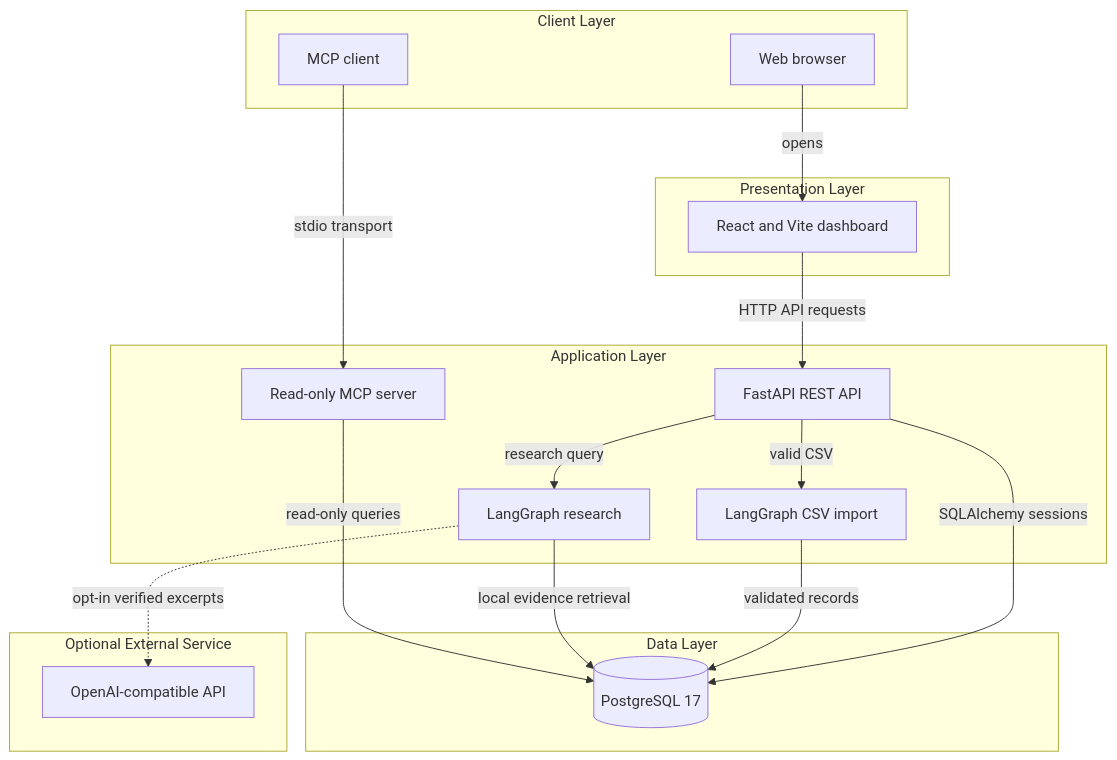
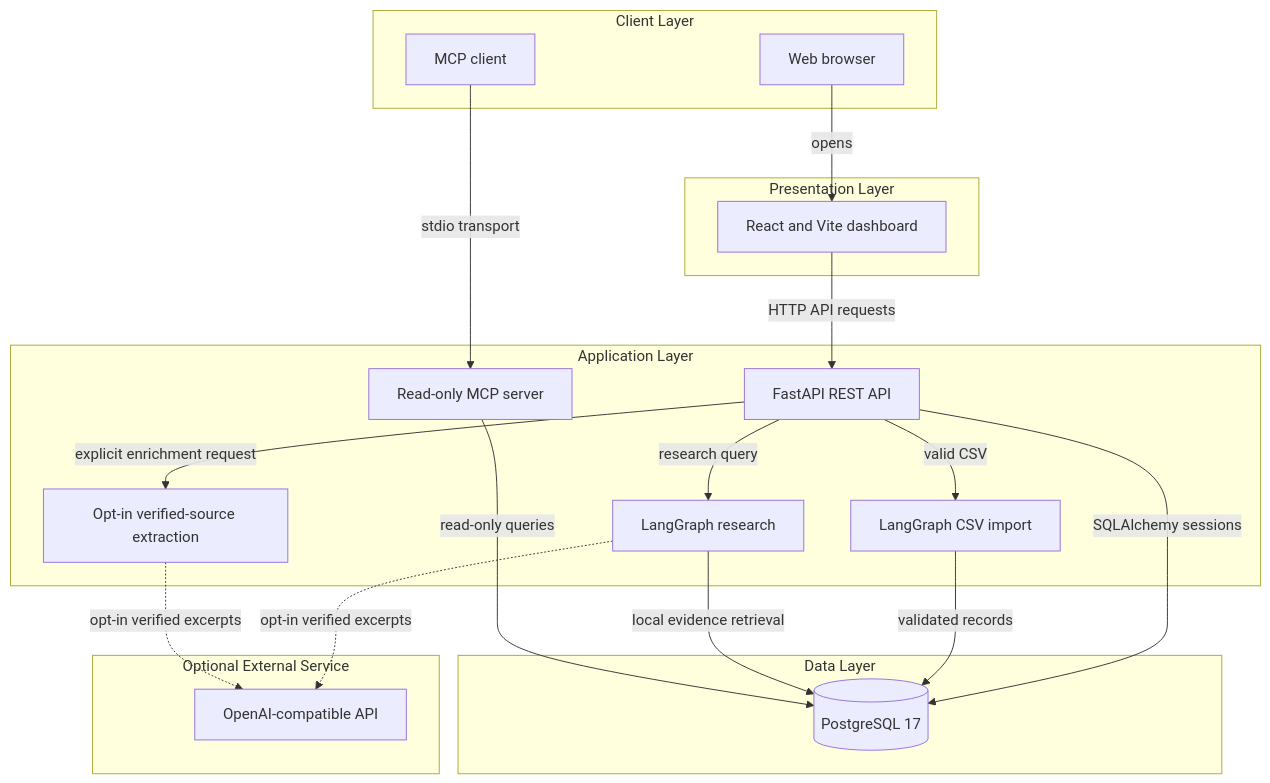
One commit to kmdsuhail72/Build-AI-B2B-Market-Intelligence-Platform changed the first of 2 diagrams in .github/modernize/assessment/engines/facts/architecture-diagram.md. Above: the diagram before and after it, drawn with Mermaid. The commit also changed other lines of this file and 17 other files, not shown here.

```diff
--- a/.github/modernize/assessment/engines/facts/architecture-diagram.md
+++ b/.github/modernize/assessment/engines/facts/architecture-diagram.md
@@ -8,33 +8,36 @@
 ~~~mermaid
 flowchart TD
     subgraph Client["Client Layer"]
         Browser["Web browser"]
         McpClient["MCP client"]
     end
     subgraph Presentation["Presentation Layer"]
         Dashboard["React and Vite dashboard"]
     end
     subgraph Application["Application Layer"]
         Api["FastAPI REST API"]
         ImportFlow["LangGraph CSV import"]
         ResearchFlow["LangGraph research"]
+        Enrichment["Opt-in verified-source extraction"]
         McpServer["Read-only MCP server"]
     end
     subgraph Storage["Data Layer"]
         Postgres[("PostgreSQL 17")]
     end
     subgraph OptionalServices["Optional External Service"]
         AiProvider["OpenAI-compatible API"]
     end
 
     Browser -->|"opens"| Dashboard
     Dashboard -->|"HTTP API requests"| Api
     Api -->|"valid CSV"| ImportFlow
     Api -->|"research query"| ResearchFlow
+    Api -->|"explicit enrichment request"| Enrichment
     Api -->|"SQLAlchemy sessions"| Postgres
     ImportFlow -->|"validated records"| Postgres
     ResearchFlow -->|"local evidence retrieval"| Postgres
     ResearchFlow -.->|"opt-in verified excerpts"| AiProvider
+    Enrichment -.->|"opt-in verified excerpts"| AiProvider
     McpClient -->|"stdio transport"| McpServer
     McpServer -->|"read-only queries"| Postgres
 ~~~
```
